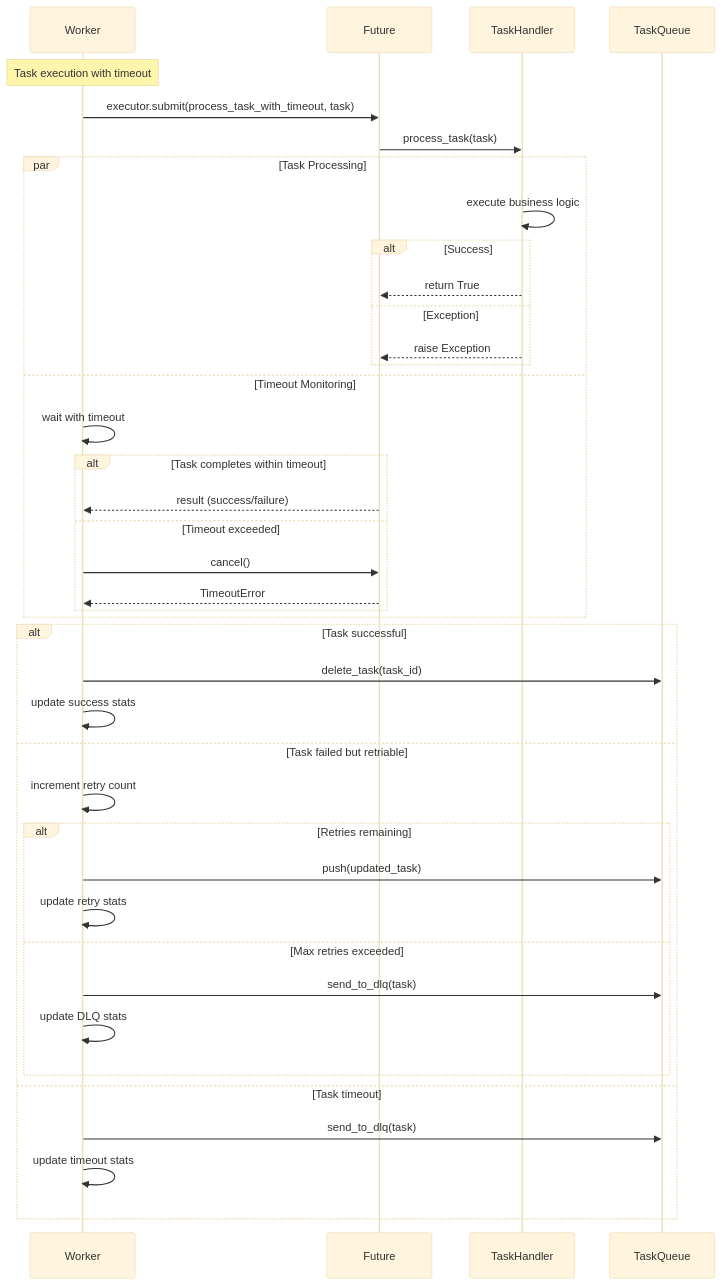
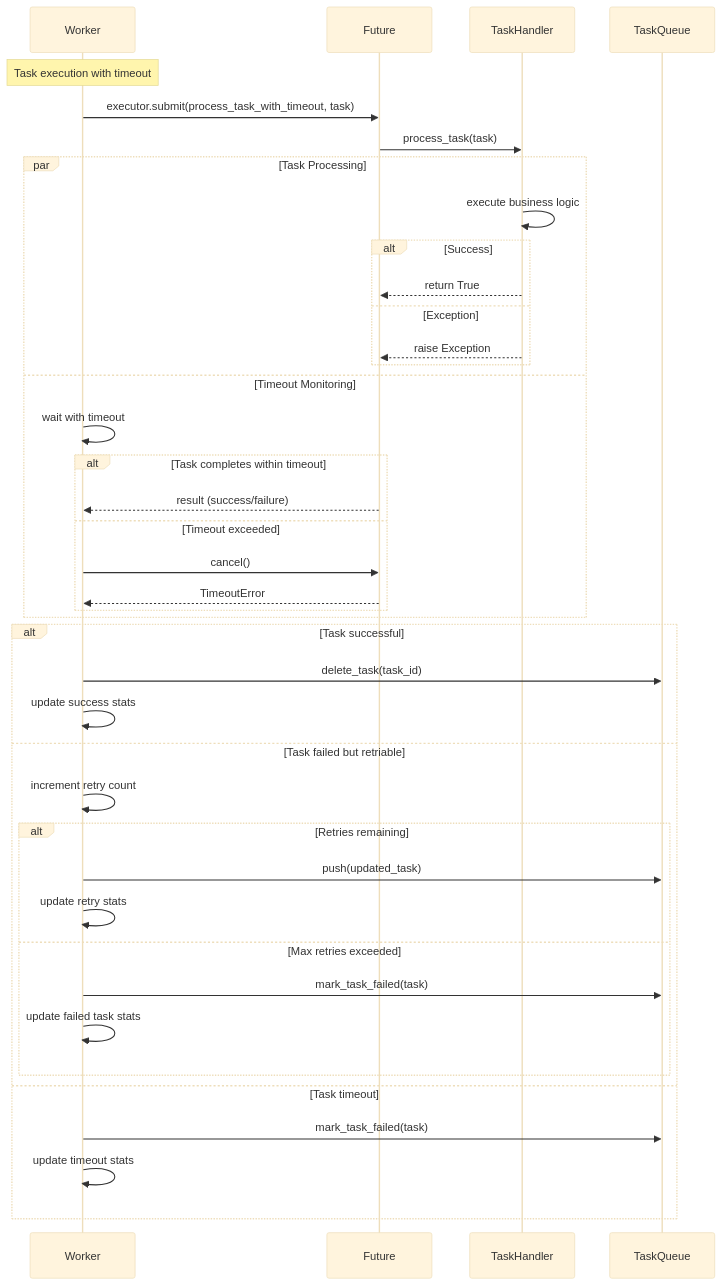
One commit to premana/fairque changed the fifth of 14 diagrams in docs/worker-sequence.md. Above: the diagram before and after it, drawn with Mermaid (base theme). The commit also changed other lines of this file and 4 other files, not shown here.

````diff
--- a/docs/worker-sequence.md
+++ b/docs/worker-sequence.md
@@ -200,46 +200,46 @@
 ```mermaid
 sequenceDiagram
     participant W as Worker
     participant F as Future
     participant TH as TaskHandler
     participant Q as TaskQueue
     
     Note over W: Task execution with timeout
     
     W->>F: executor.submit(process_task_with_timeout, task)
     F->>TH: process_task(task)
     
     par Task Processing
         TH->>TH: execute business logic
         alt Success
             TH-->>F: return True
         else Exception
             TH-->>F: raise Exception
         end
     and Timeout Monitoring
         W->>W: wait with timeout
         alt Task completes within timeout
             F-->>W: result (success/failure)
         else Timeout exceeded
             W->>F: cancel()
             F-->>W: TimeoutError
         end
     end
     
     alt Task successful
         W->>Q: delete_task(task_id)
         W->>W: update success stats
     else Task failed but retriable
         W->>W: increment retry count
         alt Retries remaining
             W->>Q: push(updated_task)
             W->>W: update retry stats
         else Max retries exceeded
-            W->>Q: send_to_dlq(task)
-            W->>W: update DLQ stats
+            W->>Q: mark_task_failed(task)
+            W->>W: update failed task stats
         end
     else Task timeout
-        W->>Q: send_to_dlq(task)
+        W->>Q: mark_task_failed(task)
         W->>W: update timeout stats
     end
 ```
````
